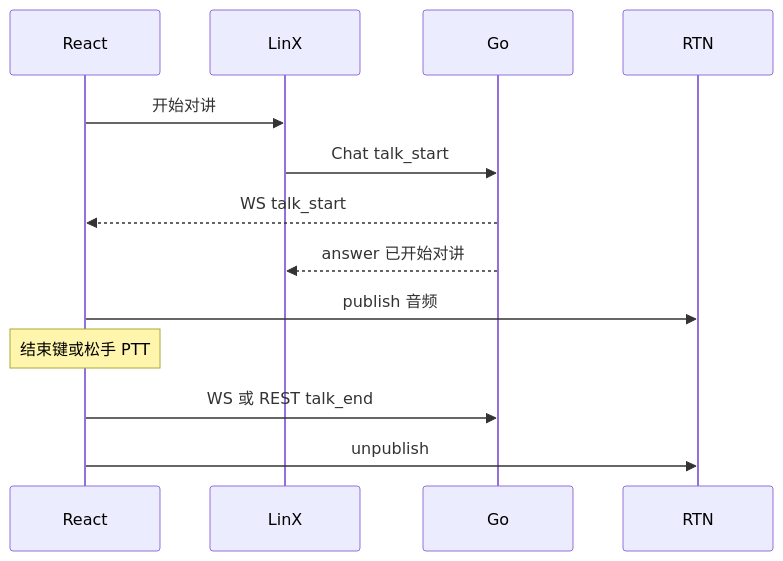
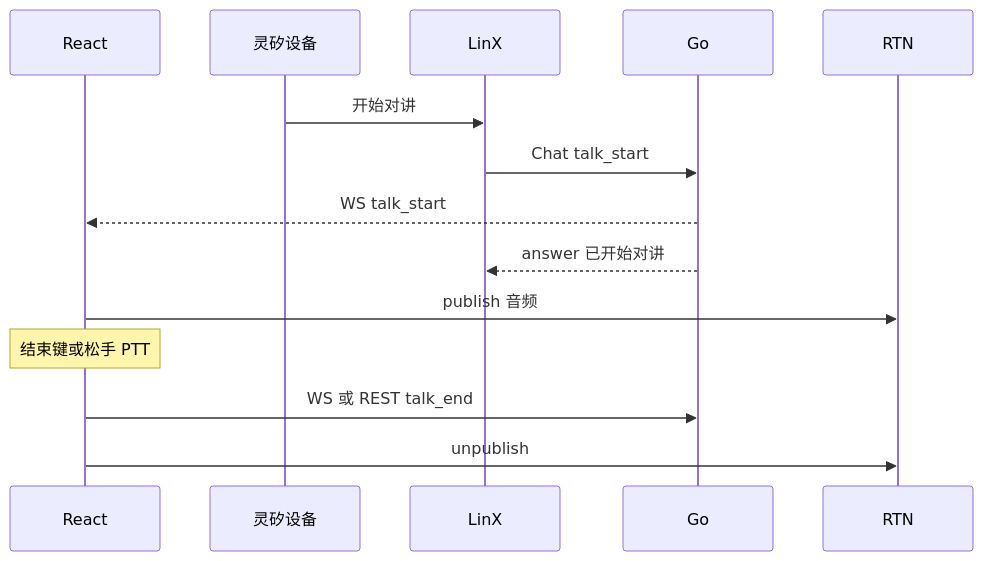
One commit to AdairZeng/fleet-ptt changed the fourth of 5 diagrams in docs/technical-design.md. Above: the diagram before and after it, drawn with Mermaid. The commit also changed other lines of this file and 3 other files, not shown here.

````diff
--- a/docs/technical-design.md
+++ b/docs/technical-design.md
@@ -168,15 +170,16 @@
 ```mermaid
 sequenceDiagram
   participant U as React
+  participant D as 灵矽设备
   participant L as LinX
   participant G as Go
   participant R as RTN
-  U->>L: 开始对讲
+  D->>L: 开始对讲
   L->>G: Chat talk_start
   G-->>U: WS talk_start
   G-->>L: answer 已开始对讲
   U->>R: publish 音频
   Note over U: 结束键或松手 PTT
   U->>G: WS 或 REST talk_end
   U->>R: unpublish
 ```
````
